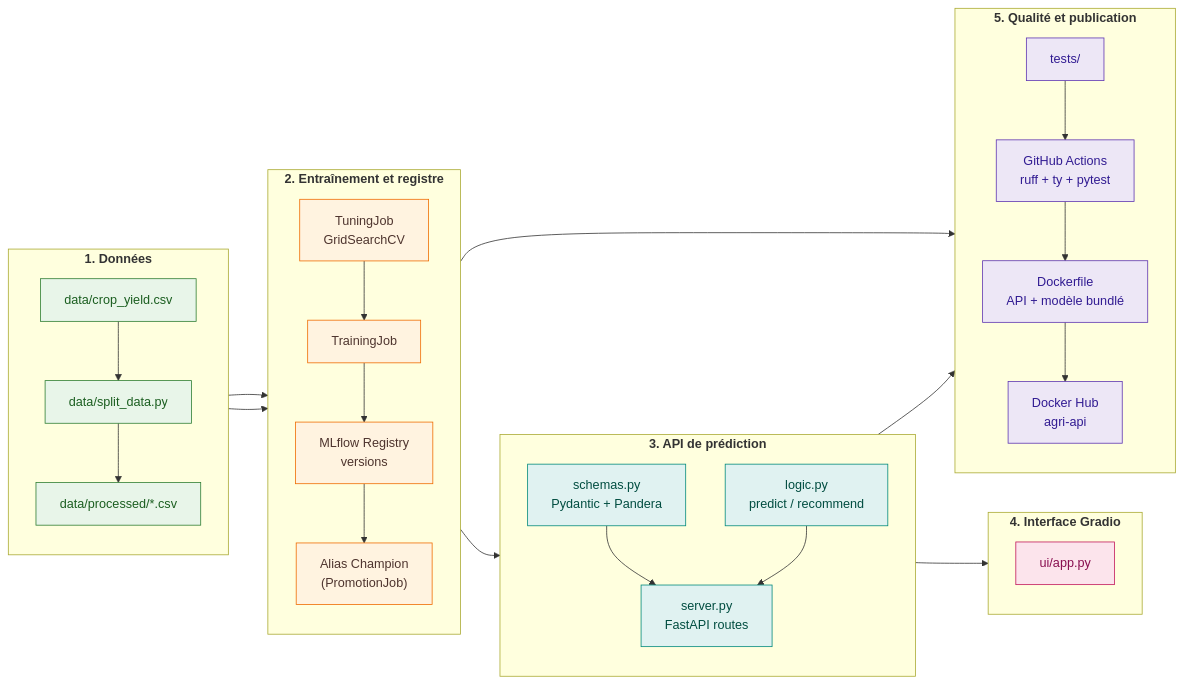
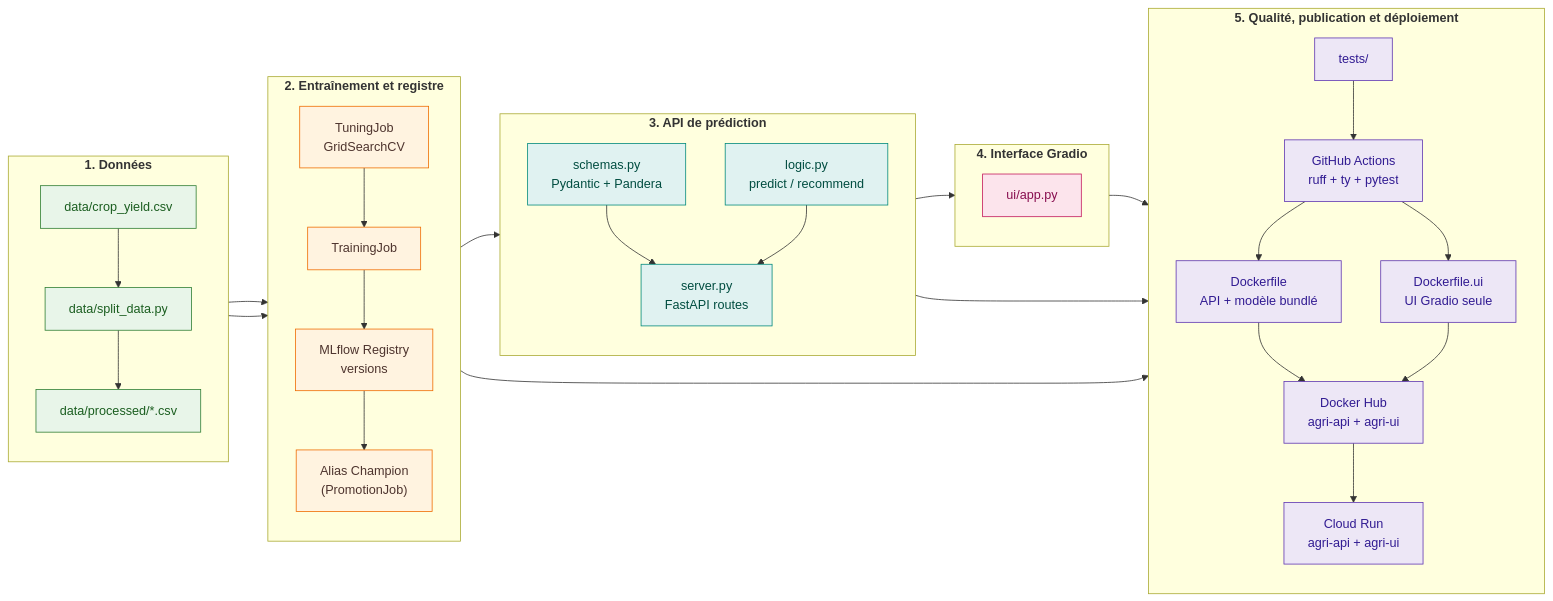
The diagram in docs/06_depot.md (olivierbinder/agri), drawn with Mermaid before and after one commit. The commit also changed other lines of this file and 7 other files, not shown here.

First line of the commit message:
ci(deploy): deploy both images to Cloud Run by digest

````diff
--- a/docs/06_depot.md
+++ b/docs/06_depot.md
@@ -52,61 +55,65 @@
 ```mermaid
 flowchart LR
     subgraph DATA["<b>1. Données</b>"]
         direction TB
         RAW["data/crop_yield.csv"]
         SPLIT["data/split_data.py"]
         PROC["data/processed/*.csv"]
         RAW --> SPLIT --> PROC
     end
 
     subgraph TRAIN["<b>2. Entraînement et registre</b>"]
         direction TB
         TUNE["TuningJob<br/>GridSearchCV"]
         TRAINJOB["TrainingJob"]
         MLFLOW["MLflow Registry<br/>versions"]
         CHAMP["Alias Champion<br/>(PromotionJob)"]
         TUNE --> TRAINJOB --> MLFLOW --> CHAMP
     end
 
     subgraph API["<b>3. API de prédiction</b>"]
         direction TB
         SCHEMAS["schemas.py<br/>Pydantic + Pandera"]
         LOGIC["logic.py<br/>predict / recommend"]
         FASTAPI["server.py<br/>FastAPI routes"]
         SCHEMAS --> FASTAPI
         LOGIC --> FASTAPI
     end
 
     subgraph UI["<b>4. Interface Gradio</b>"]
         direction TB
         APP["ui/app.py"]
     end
 
-    subgraph OPS["<b>5. Qualité et publication</b>"]
+    subgraph OPS["<b>5. Qualité, publication et déploiement</b>"]
         direction TB
         TESTS["tests/"]
         CI["GitHub Actions<br/>ruff + ty + pytest"]
         DOCKER["Dockerfile<br/>API + modèle bundlé"]
-        HUB["Docker Hub<br/>agri-api"]
-        TESTS --> CI --> DOCKER --> HUB
+        DOCKERUI["Dockerfile.ui<br/>UI Gradio seule"]
+        HUB["Docker Hub<br/>agri-api + agri-ui"]
+        RUN["Cloud Run<br/>agri-api + agri-ui"]
+        TESTS --> CI --> DOCKER --> HUB --> RUN
+        CI --> DOCKERUI --> HUB
     end
 
     PROC --> TUNE
     PROC --> TRAINJOB
     CHAMP --> LOGIC
     CHAMP --> DOCKER
     FASTAPI --> APP
     FASTAPI --> DOCKER
+    APP --> DOCKERUI
 
     classDef data fill:#E8F5E9,stroke:#2E7D32,color:#1B5E20
     classDef train fill:#FFF3E0,stroke:#EF6C00,color:#4E342E
     classDef api fill:#E0F2F1,stroke:#00897B,color:#004D40
     classDef ui fill:#FCE4EC,stroke:#C2185B,color:#880E4F
     classDef ops fill:#EDE7F6,stroke:#5E35B1,color:#311B92
 
     class RAW,SPLIT,PROC data
     class TUNE,TRAINJOB,MLFLOW,CHAMP train
     class SCHEMAS,LOGIC,FASTAPI api
     class APP ui
-    class TESTS,CI,DOCKER,HUB ops
+    class TESTS,CI,DOCKER,DOCKERUI,HUB,RUN ops
 ```
````
